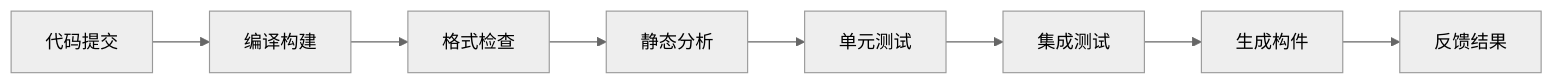
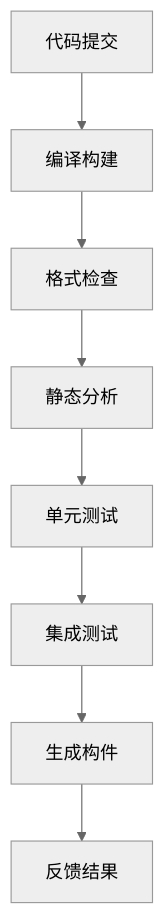
The third of 5 diagrams in courseware/pages/part3develop.md (bettermorn/IntelligentSWEPractice), drawn with Mermaid (neutral theme) before and after one commit. The commit also changed other lines of this file, not shown here.

````diff
--- a/courseware/pages/part3develop.md
+++ b/courseware/pages/part3develop.md
@@ -416,10 +423,10 @@
 ```mermaid {scale: 0.62}
-flowchart LR
+flowchart TD
     A[代码提交] --> B[编译构建]
     B --> C[格式检查]
     C --> D[静态分析]
     D --> E[单元测试]
     E --> F[集成测试]
     F --> G[生成构件]
     G --> H[反馈结果]
 ```
````
